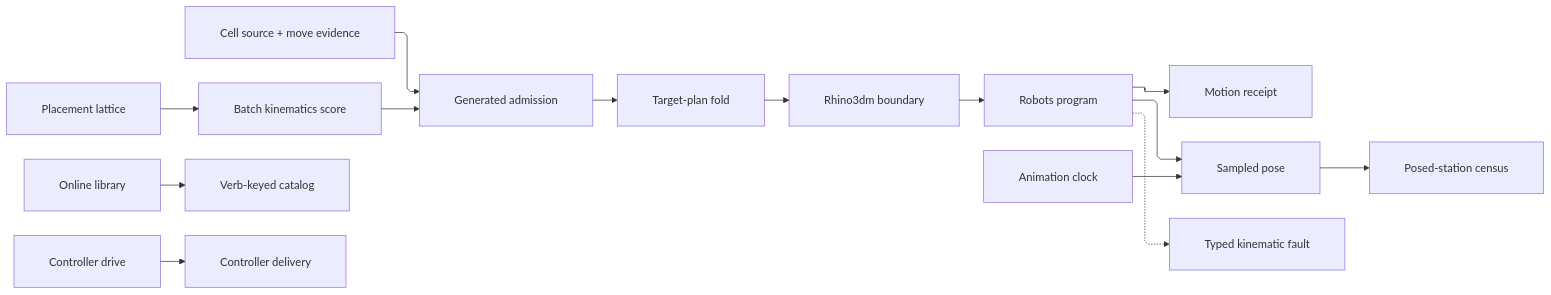
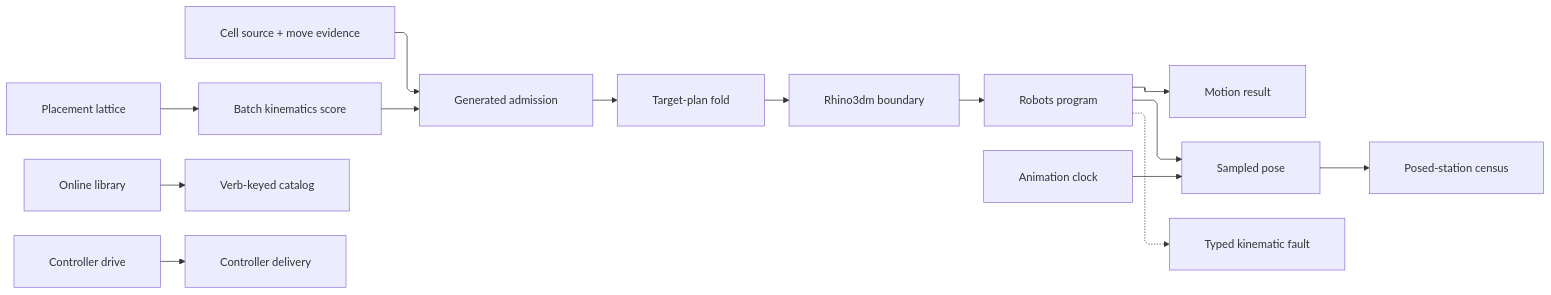
The diagram in libs/dotnet/Rasm.Fabrication/.planning/Kinematics/cell.md (bsamiee/Rasm), drawn with Mermaid before and after one commit. The commit also changed other lines of this file and 1417 other files, not shown here.

````diff
--- a/libs/dotnet/Rasm.Fabrication/.planning/Kinematics/cell.md
+++ b/libs/dotnet/Rasm.Fabrication/.planning/Kinematics/cell.md
@@ -941,25 +941,25 @@
 ```mermaid
 ---
 config:
   layout: elk
   flowchart:
     curve: linear
     padding: 25
 ---
 flowchart LR
     accTitle: Robot-cell lifecycle
-    accDescr: Admitted cell identity and move evidence generate Cartesian or joint targets, cross the Rhino3dm boundary once, compile through the Robots program owner, fold provider diagnostics into typed faults, and project the frozen motion receipt or the sampled pose census while library and controller effects remain separate boundary modalities.
+    accDescr: Admitted cell identity and move evidence generate Cartesian or joint targets, cross the Rhino3dm boundary once, compile through the Robots program owner, fold provider diagnostics into typed faults, and project the frozen motion result or the sampled pose census while library and controller effects remain separate boundary modalities.
     Raw["Cell source + move evidence"] --> Admit["Generated admission"]
     Search["Placement lattice"] --> Batch["Batch kinematics score"]
     Batch --> Admit
     Admit --> Plan["Target-plan fold"]
     Plan --> Alias["Rhino3dm boundary"]
     Alias --> Program["Robots program"]
-    Program --> Motion["Motion receipt"]
+    Program --> Motion["Motion result"]
     Clock["Animation clock"] --> Sample["Sampled pose"]
     Program --> Sample
     Sample --> Census["Posed-station census"]
     Program -.-> Fault["Typed kinematic fault"]
     Library["Online library"] --> Catalog["Verb-keyed catalog"]
     Drive["Controller drive"] --> DriveFact["Controller delivery"]
 ```
````
